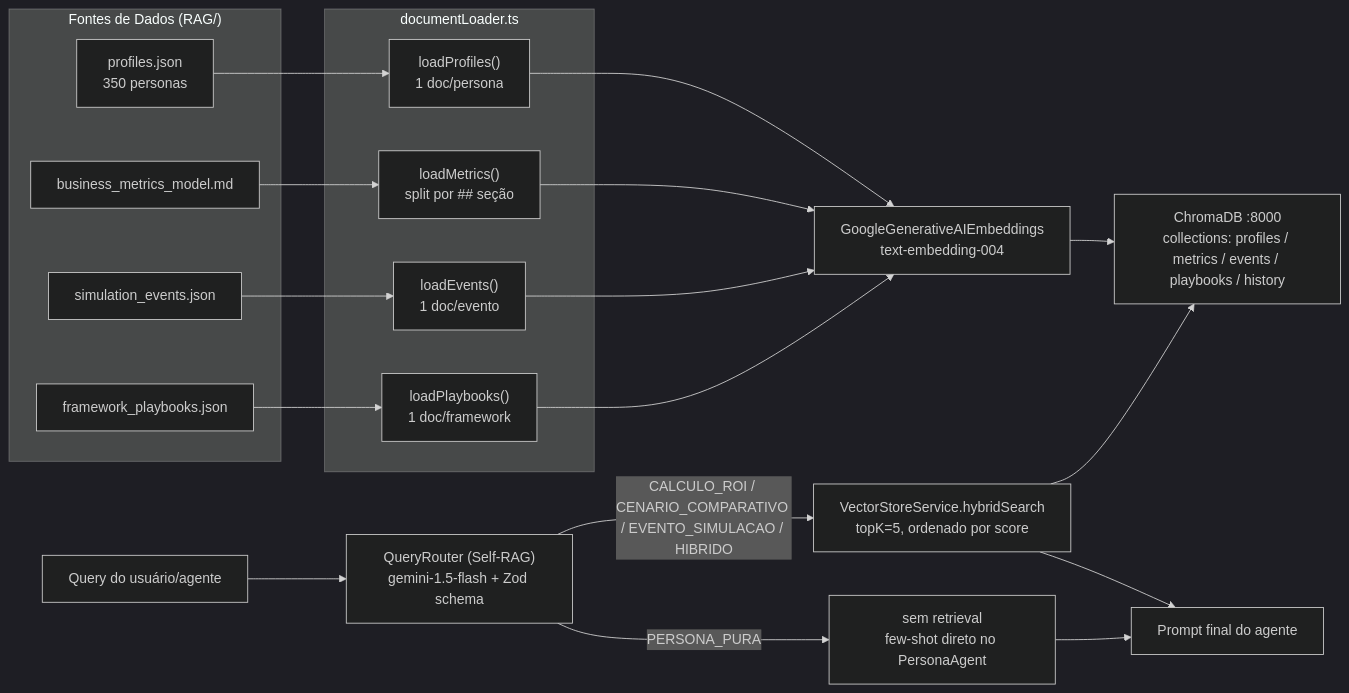
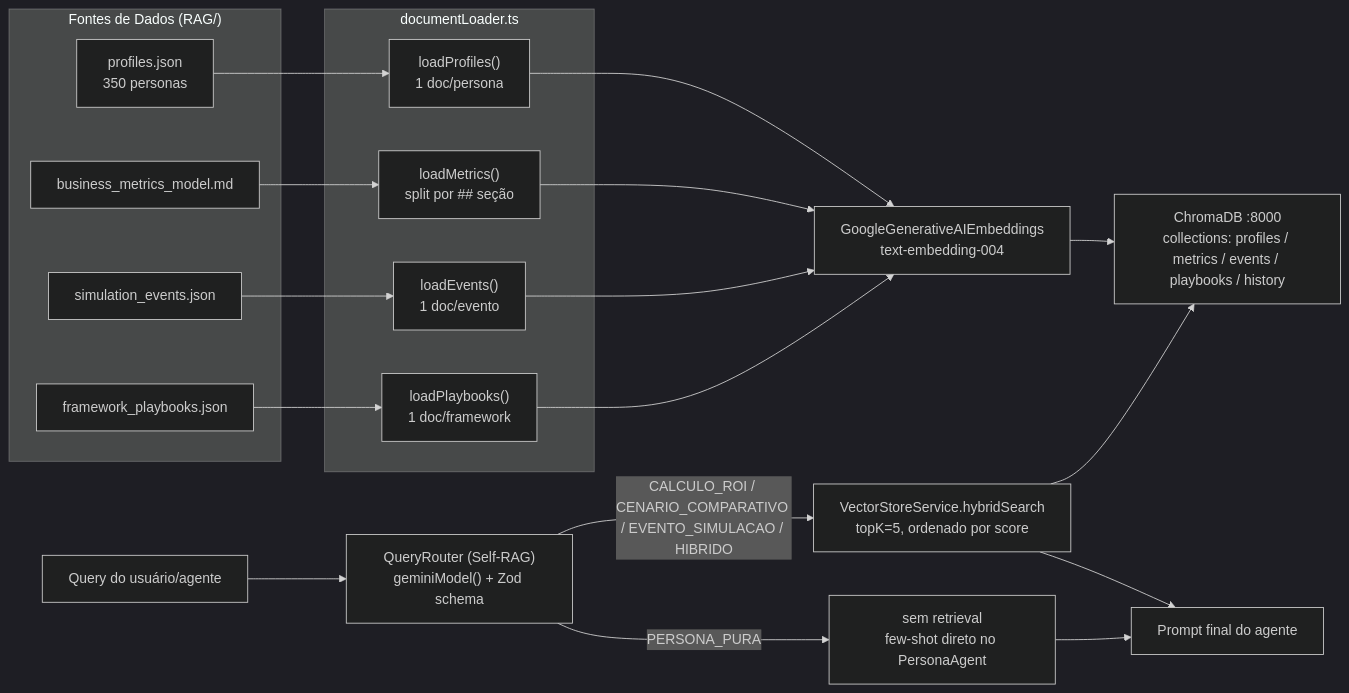
The fourth of 8 diagrams in ARCHITECTURE.md (andrecodexvictor/Frame-sim), drawn with Mermaid (dark theme) before and after one commit. The commit also changed other lines of this file and 5 other files, not shown here.

````diff
--- a/ARCHITECTURE.md
+++ b/ARCHITECTURE.md
@@ -191,35 +204,35 @@
 ```mermaid
 flowchart LR
     subgraph Fontes["Fontes de Dados (RAG/)"]
         P["profiles.json<br/>350 personas"]
         M["business_metrics_model.md"]
         E["simulation_events.json"]
         PB["framework_playbooks.json"]
     end
 
     subgraph Loader["documentLoader.ts"]
         LP["loadProfiles()<br/>1 doc/persona"]
         LM["loadMetrics()<br/>split por ## seção"]
         LE["loadEvents()<br/>1 doc/evento"]
         LPB["loadPlaybooks()<br/>1 doc/framework"]
     end
 
     P --> LP
     M --> LM
     E --> LE
     PB --> LPB
 
     LP --> Emb["GoogleGenerativeAIEmbeddings<br/>text-embedding-004"]
     LM --> Emb
     LE --> Emb
     LPB --> Emb
 
     Emb --> Chroma["ChromaDB :8000<br/>collections: profiles / metrics / events / playbooks / history"]
 
-    Query["Query do usuário/agente"] --> QR["QueryRouter (Self-RAG)<br/>gemini-1.5-flash + Zod schema"]
+    Query["Query do usuário/agente"] --> QR["QueryRouter (Self-RAG)<br/>geminiModel() + Zod schema"]
     QR -->|"PERSONA_PURA"| NoRAG["sem retrieval<br/>few-shot direto no PersonaAgent"]
     QR -->|"CALCULO_ROI / CENARIO_COMPARATIVO / EVENTO_SIMULACAO / HIBRIDO"| Hybrid["VectorStoreService.hybridSearch<br/>topK=5, ordenado por score"]
     Hybrid --> Chroma
     Hybrid --> Prompt["Prompt final do agente"]
     NoRAG --> Prompt
 ```
````
